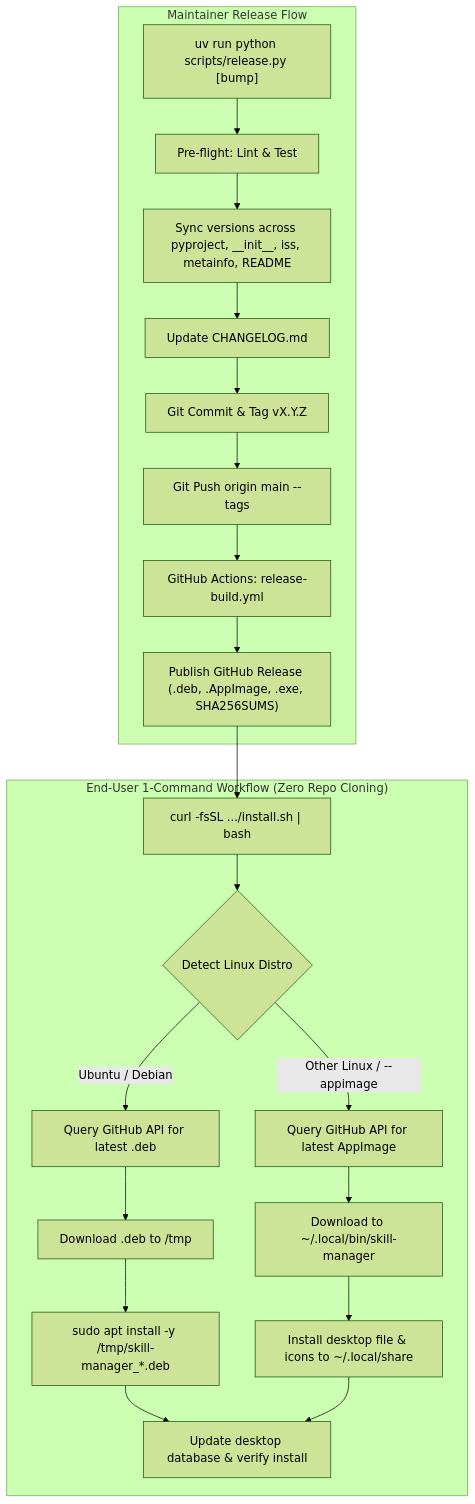
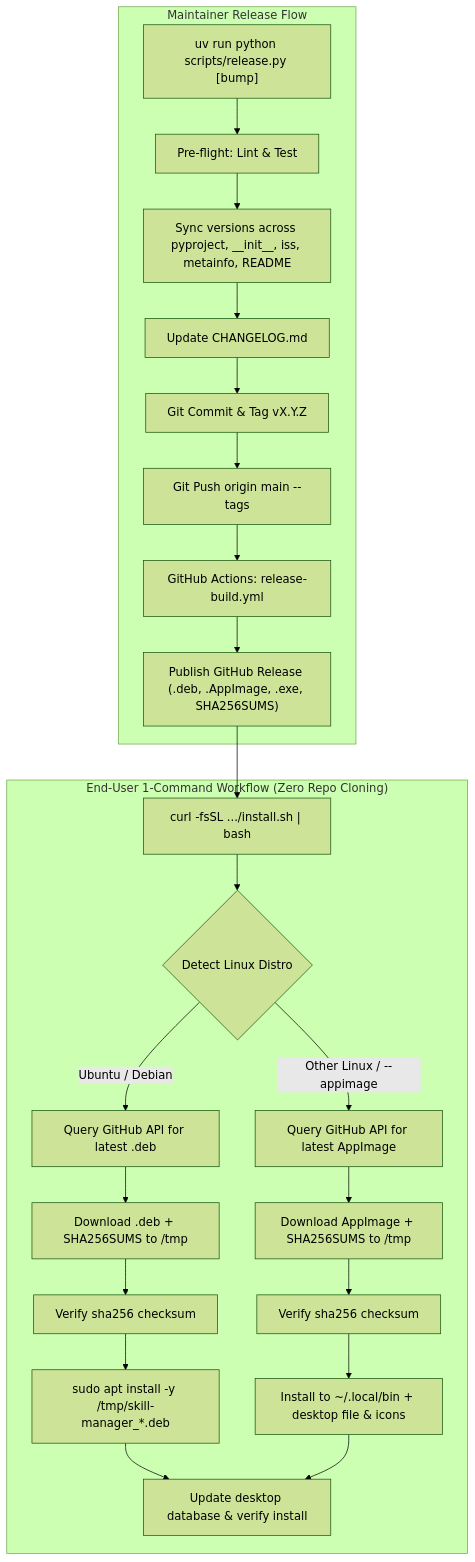
The fifth of 5 diagrams in docs/ARCHITECTURE.md (dishanagalawatta/SkillManager), drawn with Mermaid (forest theme) before and after one commit. The commit also changed 4 other files, not shown here.

````diff
--- a/docs/ARCHITECTURE.md
+++ b/docs/ARCHITECTURE.md
@@ -431,25 +431,27 @@
 ```mermaid
 flowchart TD
     subgraph "End-User 1-Command Workflow (Zero Repo Cloning)"
         A["curl -fsSL .../install.sh | bash"] --> B{Detect Linux Distro}
         B -->|Ubuntu / Debian| C[Query GitHub API for latest .deb]
         B -->|Other Linux / --appimage| D[Query GitHub API for latest AppImage]
-        C --> E[Download .deb to /tmp]
-        E --> F[sudo apt install -y /tmp/skill-manager_*.deb]
-        D --> G[Download to ~/.local/bin/skill-manager]
-        G --> H[Install desktop file & icons to ~/.local/share]
+        C --> E[Download .deb + SHA256SUMS to /tmp]
+        E --> E2[Verify sha256 checksum]
+        E2 --> F[sudo apt install -y /tmp/skill-manager_*.deb]
+        D --> G[Download AppImage + SHA256SUMS to /tmp]
+        G --> G2[Verify sha256 checksum]
+        G2 --> H[Install to ~/.local/bin + desktop file & icons]
         F --> I[Update desktop database & verify install]
         H --> I
     end
 
     subgraph "Maintainer Release Flow"
         M["uv run python scripts/release.py [bump]"] --> N[Pre-flight: Lint & Test]
         N --> O[Sync versions across pyproject, __init__, iss, metainfo, README]
         O --> P[Update CHANGELOG.md]
         P --> Q["Git Commit & Tag vX.Y.Z"]
         Q --> R["Git Push origin main --tags"]
         R --> S["GitHub Actions: release-build.yml"]
         S --> T["Publish GitHub Release (.deb, .AppImage, .exe, SHA256SUMS)"]
         T --> A
     end
 ```
````
